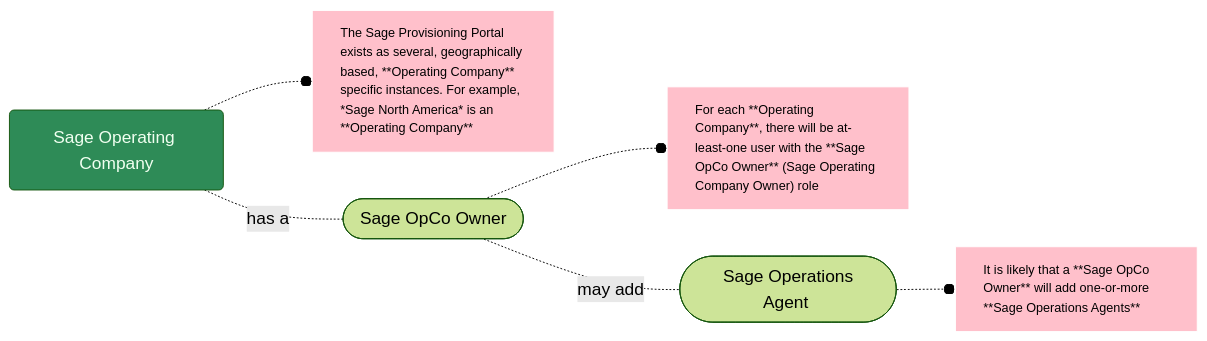
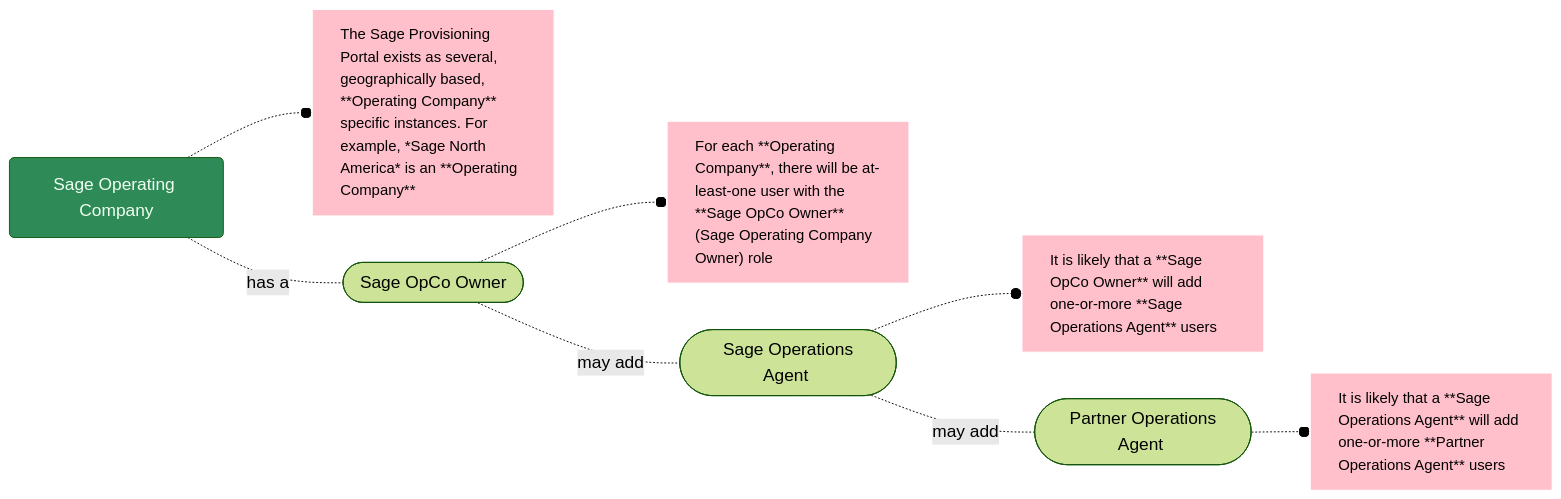
One commit to joe-dorward/samples changed the diagram in 2025_Sage/01_What is an Operating Company.mdx. Above: the diagram before and after it, drawn with Mermaid.

Commit message:
Update 01_What is an Operating Company.mdx

````diff
--- a/2025_Sage/01_What is an Operating Company.mdx
+++ b/2025_Sage/01_What is an Operating Company.mdx
@@ -1,29 +1,33 @@
 ```mermaid
 %%{
   init: {
     'theme': 'forest',
     'themeVariables': {
       'fontSize':'14pt'
     }
   }
 }%%
 flowchart LR
   classDef Sage fill:seagreen, color:honeydew;
   classDef Noun fill:lightcyan, stroke:royalblue, color:royalblue;
-  classDef Note fill:pink, stroke:white, text-align:left, font-size: 90%;
+  classDef Note fill:pink, stroke:white, text-align:left, font-size: 95%;
 
   SAGE_OPERATING_COMPANY_01(Sage Operating Company)-.-o
   SAGE_OPERATING_COMPANY_01_Note[The Sage Provisioning Portal exists as several, geographically based, **Operating Company** specific instances. For example, *Sage North America* is an **Operating Company**]
 
   SAGE_OPERATING_COMPANY_01-.has a.-
   SAGE_OPCO_OWNER_01([&nbsp;Sage OpCo Owner&nbsp;])-.-o
   SAGE_OPCO_OWNER_01_NOTE["For each **Operating Company**, there will be at-least-one user with the **Sage OpCo Owner** (Sage Operating Company Owner) role"]
 
   SAGE_OPCO_OWNER_01-.may add.-
   SAGE_OPERATIONS_AGENT_01([&nbsp;Sage Operations Agent&nbsp;])-.-o
-  SAGE_OPERATIONS_AGENT_01_NOTE[It is likely that a **Sage OpCo Owner** will add one-or-more **Sage Operations Agents**]
+  SAGE_OPERATIONS_AGENT_01_NOTE[It is likely that a **Sage OpCo Owner** will add one-or-more **Sage Operations Agent** users]
+
+  SAGE_OPERATIONS_AGENT_01-.may add.-
+  PARTNER_OPERATIONS_AGENT_01([&nbsp;Partner Operations Agent&nbsp;])-.-o
+  PARTNER_OPERATIONS_AGENT_01_NOTE[It is likely that a **Sage Operations Agent** will add one-or-more **Partner Operations Agent** users]
 
   class SAGE_OPERATING_COMPANY_01 Sage
   class PARTNER_ORGANISATION_01,PRODUCT_01,PRODUCT_02 Noun
-  class SAGE_OPERATING_COMPANY_01_Note,SAGE_OPCO_OWNER_01_NOTE,SAGE_OPERATIONS_AGENT_01_NOTE Note
+  class SAGE_OPERATING_COMPANY_01_Note,SAGE_OPCO_OWNER_01_NOTE,SAGE_OPERATIONS_AGENT_01_NOTE,PARTNER_OPERATIONS_AGENT_01_NOTE Note
 ```
````
